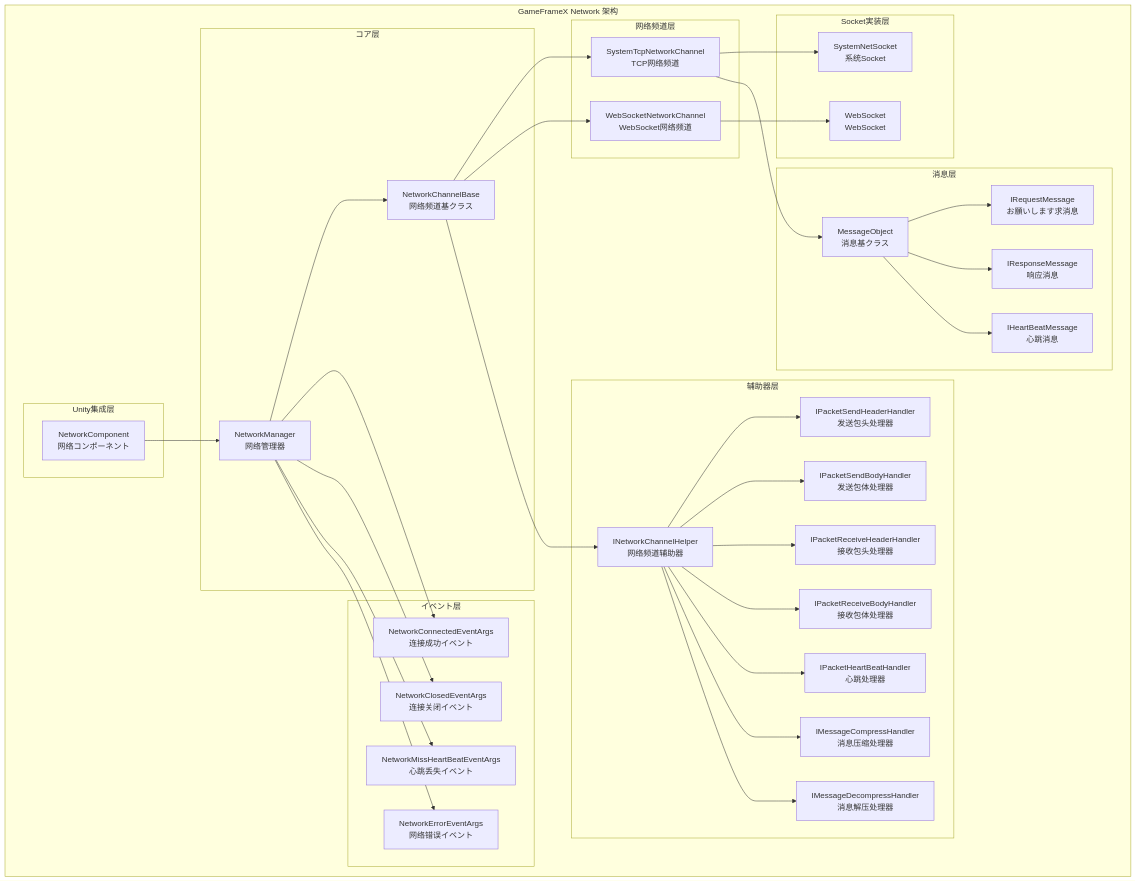
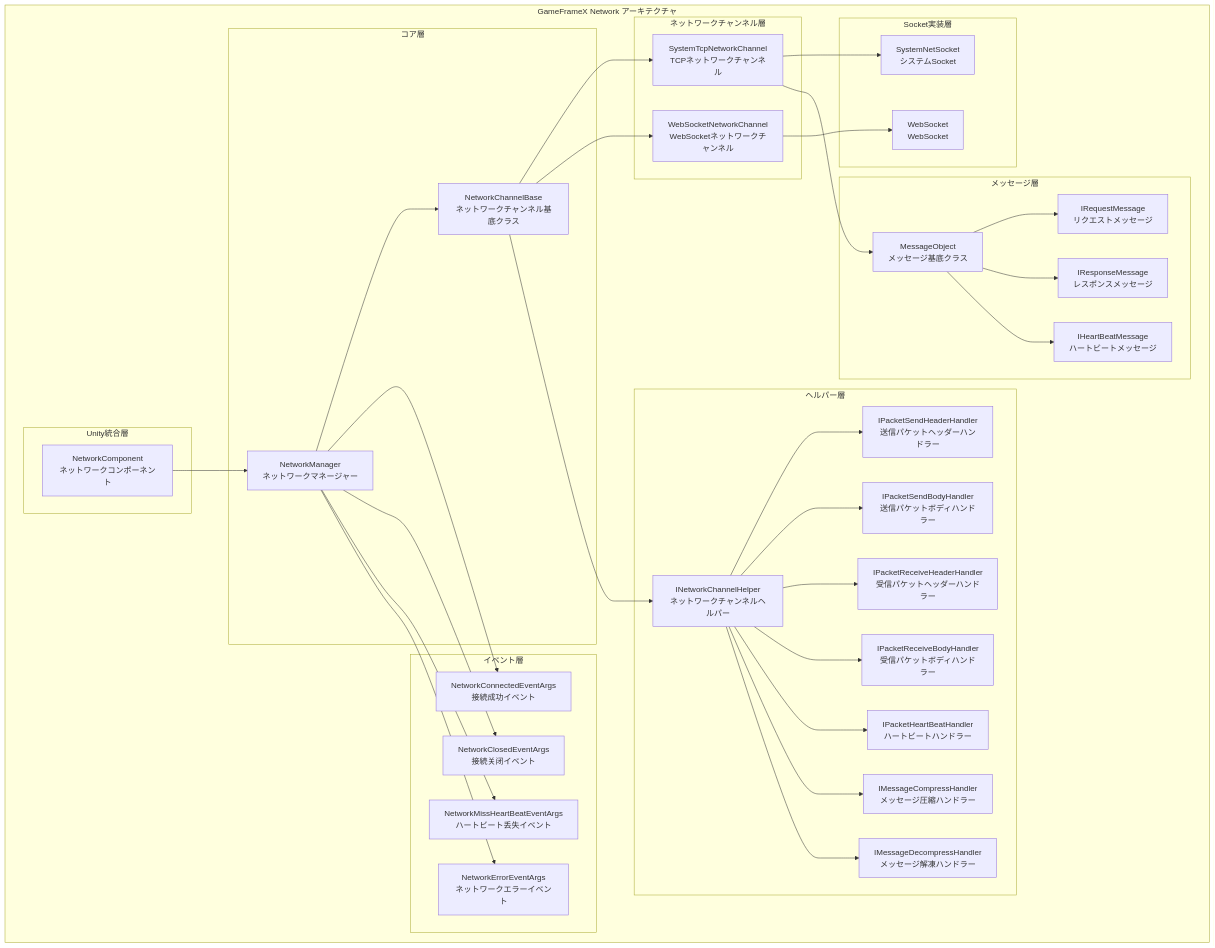
Before and after one commit to AlianBlank/GameFrameX.Docs: the first of 7 diagrams in docs/ja/client/unity/component/network/01.overview.md, drawn with Mermaid. The commit also changed other lines of this file and 320 other files, not shown here.

````diff
--- a/docs/ja/client/unity/component/network/01.overview.md
+++ b/docs/ja/client/unity/component/network/01.overview.md
@@ -15,71 +15,71 @@
 ```mermaid
 flowchart TD
-    subgraph GameFrameX_Network["GameFrameX Network 架构"]
-        subgraph Core["コア层"]
-            NM[NetworkManager<br/>网络管理器]
-            NCB[NetworkChannelBase<br/>网络频道基クラス]
+    subgraph GameFrameX_Network["GameFrameX Network アーキテクチャ"]
+        subgraph Core["コア層"]
+            NM[NetworkManager<br/>ネットワークマネージャー]
+            NCB[NetworkChannelBase<br/>ネットワークチャンネル基底クラス]
         end
         
-        subgraph Channel["网络频道层"]
-            TCP[SystemTcpNetworkChannel<br/>TCP网络频道]
-            WS[WebSocketNetworkChannel<br/>WebSocket网络频道]
+        subgraph Channel["ネットワークチャンネル層"]
+            TCP[SystemTcpNetworkChannel<br/>TCPネットワークチャンネル]
+            WS[WebSocketNetworkChannel<br/>WebSocketネットワークチャンネル]
         end
         
-        subgraph Socket["Socket実装层"]
-            SNS[SystemNetSocket<br/>系统Socket]
+        subgraph Socket["Socket実装層"]
+            SNS[SystemNetSocket<br/>システムSocket]
             WSS[WebSocket<br/>WebSocket]
         end
         
-        subgraph Helper["辅助器层"]
-            NCH[INetworkChannelHelper<br/>网络频道辅助器]
-            PSH[IPacketSendHeaderHandler<br/>发送包头处理器]
-            PSB[IPacketSendBodyHandler<br/>发送包体处理器]
-            PRH[IPacketReceiveHeaderHandler<br/>接收包头处理器]
-            PRB[IPacketReceiveBodyHandler<br/>接收包体处理器]
-            HBH[IPacketHeartBeatHandler<br/>心跳处理器]
-            MCH[IMessageCompressHandler<br/>消息压缩处理器]
-            MDH[IMessageDecompressHandler<br/>消息解压处理器]
+        subgraph Helper["ヘルパー層"]
+            NCH[INetworkChannelHelper<br/>ネットワークチャンネルヘルパー]
+            PSH[IPacketSendHeaderHandler<br/>送信パケットヘッダーハンドラー]
+            PSB[IPacketSendBodyHandler<br/>送信パケットボディハンドラー]
+            PRH[IPacketReceiveHeaderHandler<br/>受信パケットヘッダーハンドラー]
+            PRB[IPacketReceiveBodyHandler<br/>受信パケットボディハンドラー]
+            HBH[IPacketHeartBeatHandler<br/>ハートビートハンドラー]
+            MCH[IMessageCompressHandler<br/>メッセージ圧縮ハンドラー]
+            MDH[IMessageDecompressHandler<br/>メッセージ解凍ハンドラー]
         end
         
-        subgraph Message["消息层"]
-            MO[MessageObject<br/>消息基クラス]
-            RM[IRequestMessage<br/>お願いします求消息]
-            RPM[IResponseMessage<br/>响应消息]
-            HB[IHeartBeatMessage<br/>心跳消息]
+        subgraph Message["メッセージ層"]
+            MO[MessageObject<br/>メッセージ基底クラス]
+            RM[IRequestMessage<br/>リクエストメッセージ]
+            RPM[IResponseMessage<br/>レスポンスメッセージ]
+            HB[IHeartBeatMessage<br/>ハートビートメッセージ]
         end
         
-        subgraph Events["イベント层"]
-            NCE[NetworkConnectedEventArgs<br/>连接成功イベント]
-            NCLE[NetworkClosedEventArgs<br/>连接关闭イベント]
-            NMHE[NetworkMissHeartBeatEventArgs<br/>心跳丢失イベント]
-            NEE[NetworkErrorEventArgs<br/>网络错误イベント]
+        subgraph Events["イベント層"]
+            NCE[NetworkConnectedEventArgs<br/>接続成功イベント]
+            NCLE[NetworkClosedEventArgs<br/>接続关闭イベント]
+            NMHE[NetworkMissHeartBeatEventArgs<br/>ハートビート丢失イベント]
+            NEE[NetworkErrorEventArgs<br/>ネットワークエラーイベント]
         end
         
-        subgraph Unity["Unity集成层"]
-            NC[NetworkComponent<br/>网络コンポーネント]
+        subgraph Unity["Unity統合層"]
+            NC[NetworkComponent<br/>ネットワークコンポーネント]
         end
     end
     
     NM --> NCB
     NCB --> TCP
     NCB --> WS
     TCP --> SNS
     WS --> WSS
     NCB --> NCH
     NCH --> PSH
     NCH --> PSB
     NCH --> PRH
     NCH --> PRB
     NCH --> HBH
     NCH --> MCH
     NCH --> MDH
     TCP --> MO
     MO --> RM
     MO --> RPM
     MO --> HB
     NM --> NCE
     NM --> NCLE
     NM --> NMHE
     NM --> NEE
     NC --> NM
 ```
````
